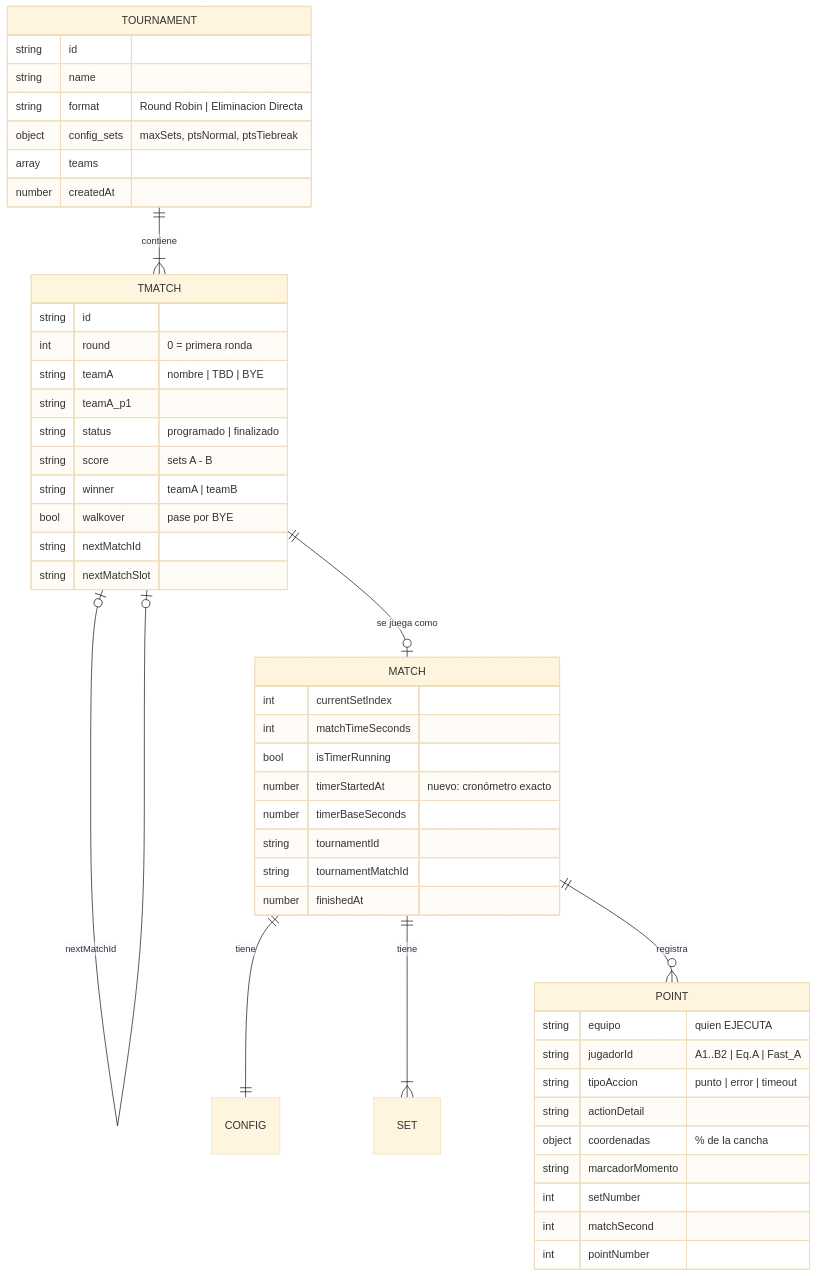
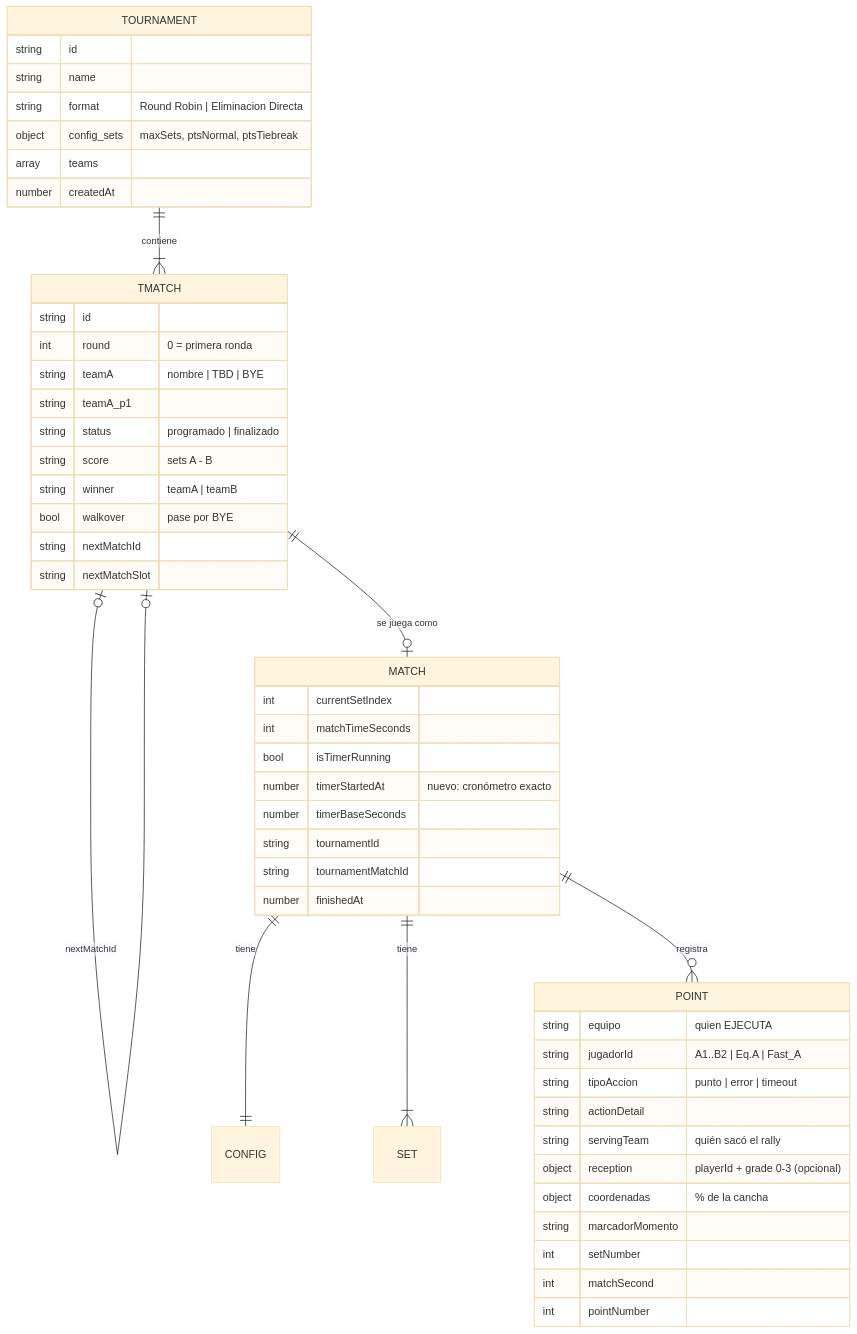
Before and after one commit to jackmaf/board_beachvoley: the fourth of 9 diagrams in CLAUDE.md, drawn with Mermaid (base theme). The commit also changed other lines of this file and 17 other files, not shown here.

````diff
--- a/CLAUDE.md
+++ b/CLAUDE.md
@@ -198,51 +198,53 @@
 ```mermaid
 erDiagram
     TOURNAMENT ||--|{ TMATCH : contiene
     TMATCH |o--o| TMATCH : "nextMatchId"
     TMATCH ||--o| MATCH : "se juega como"
     MATCH ||--|| CONFIG : tiene
     MATCH ||--|{ SET : tiene
     MATCH ||--o{ POINT : registra
 
     TOURNAMENT {
         string id
         string name
         string format "Round Robin | Eliminacion Directa"
         object config_sets "maxSets, ptsNormal, ptsTiebreak"
         array teams
         number createdAt
     }
     TMATCH {
         string id
         int round "0 = primera ronda"
         string teamA "nombre | TBD | BYE"
         string teamA_p1
         string status "programado | finalizado"
         string score "sets A - B"
         string winner "teamA | teamB"
         bool walkover "pase por BYE"
         string nextMatchId
         string nextMatchSlot
     }
     MATCH {
         int currentSetIndex
         int matchTimeSeconds
         bool isTimerRunning
         number timerStartedAt "nuevo: cronómetro exacto"
         number timerBaseSeconds
         string tournamentId
         string tournamentMatchId
         number finishedAt
     }
     POINT {
         string equipo "quien EJECUTA"
         string jugadorId "A1..B2 | Eq.A | Fast_A"
         string tipoAccion "punto | error | timeout"
         string actionDetail
+        string servingTeam "quién sacó el rally"
+        object reception "playerId + grade 0-3 (opcional)"
         object coordenadas "% de la cancha"
         string marcadorMomento
         int setNumber
         int matchSecond
         int pointNumber
     }
 ```
````
